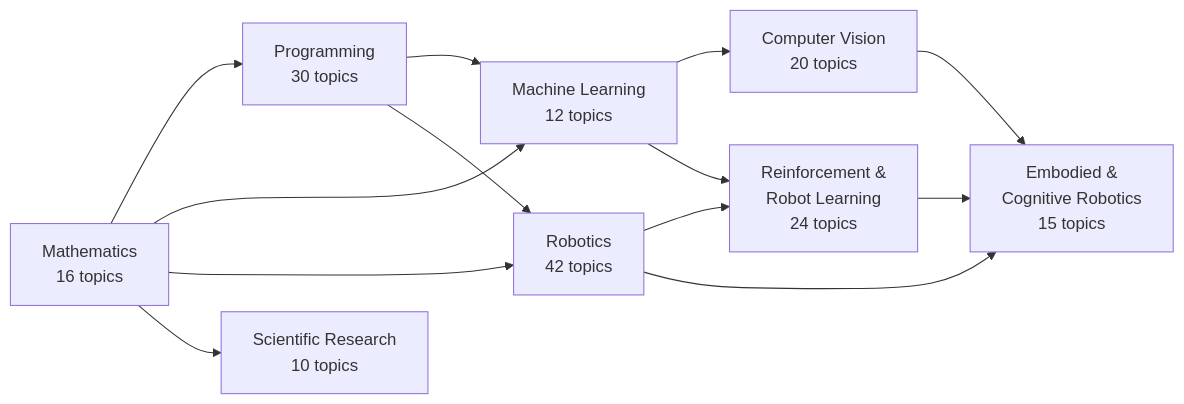
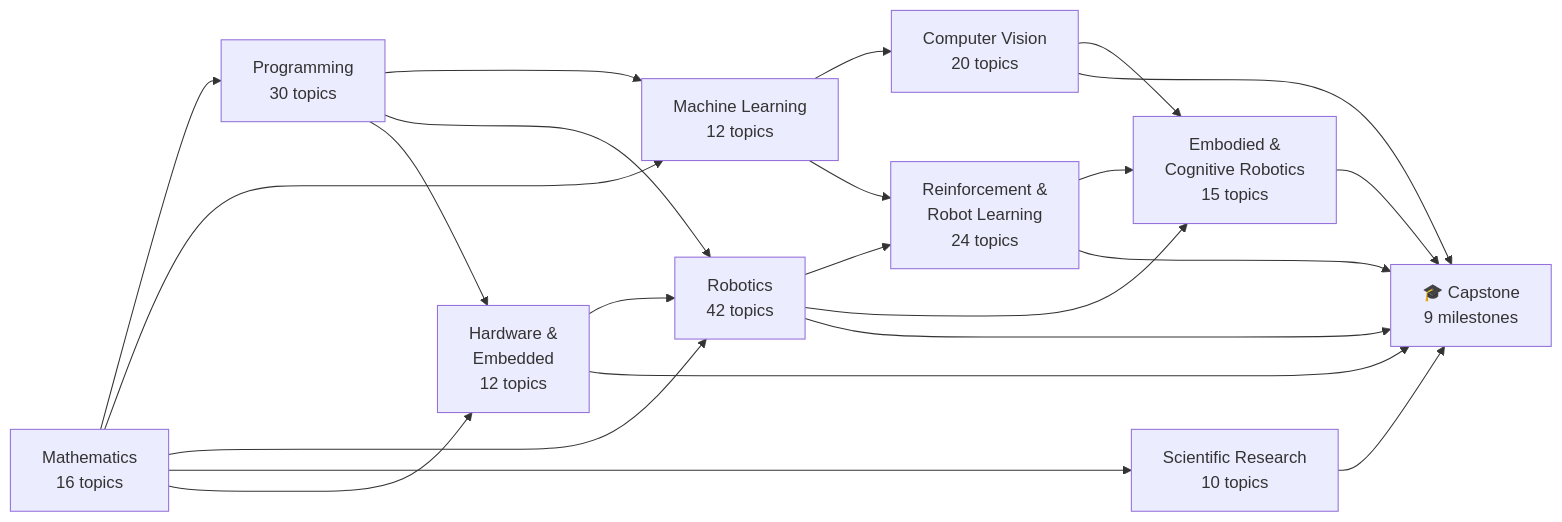
The diagram in README.md (trongnghia-le/corelab-robotics-ai), drawn with Mermaid before and after one commit. The commit also changed other lines of this file and 179 other files, not shown here.

````diff
--- a/README.md
+++ b/README.md
@@ -200,15 +202,24 @@
 ```mermaid
 flowchart LR
     M[Mathematics<br/>16 topics] --> P[Programming<br/>30 topics]
     M --> ML[Machine Learning<br/>12 topics]
     P --> ML
     M --> R[Robotics<br/>42 topics]
     P --> R
     ML --> V[Computer Vision<br/>20 topics]
     ML --> RL[Reinforcement &<br/>Robot Learning<br/>24 topics]
     R --> RL
     R --> E[Embodied &<br/>Cognitive Robotics<br/>15 topics]
     V --> E
     RL --> E
     M --> S[Scientific Research<br/>10 topics]
+    M --> H[Hardware &<br/>Embedded<br/>12 topics]
+    P --> H
+    H --> R
+    R --> CAP[🎓 Capstone<br/>9 milestones]
+    H --> CAP
+    V --> CAP
+    RL --> CAP
+    E --> CAP
+    S --> CAP
 ```
````
